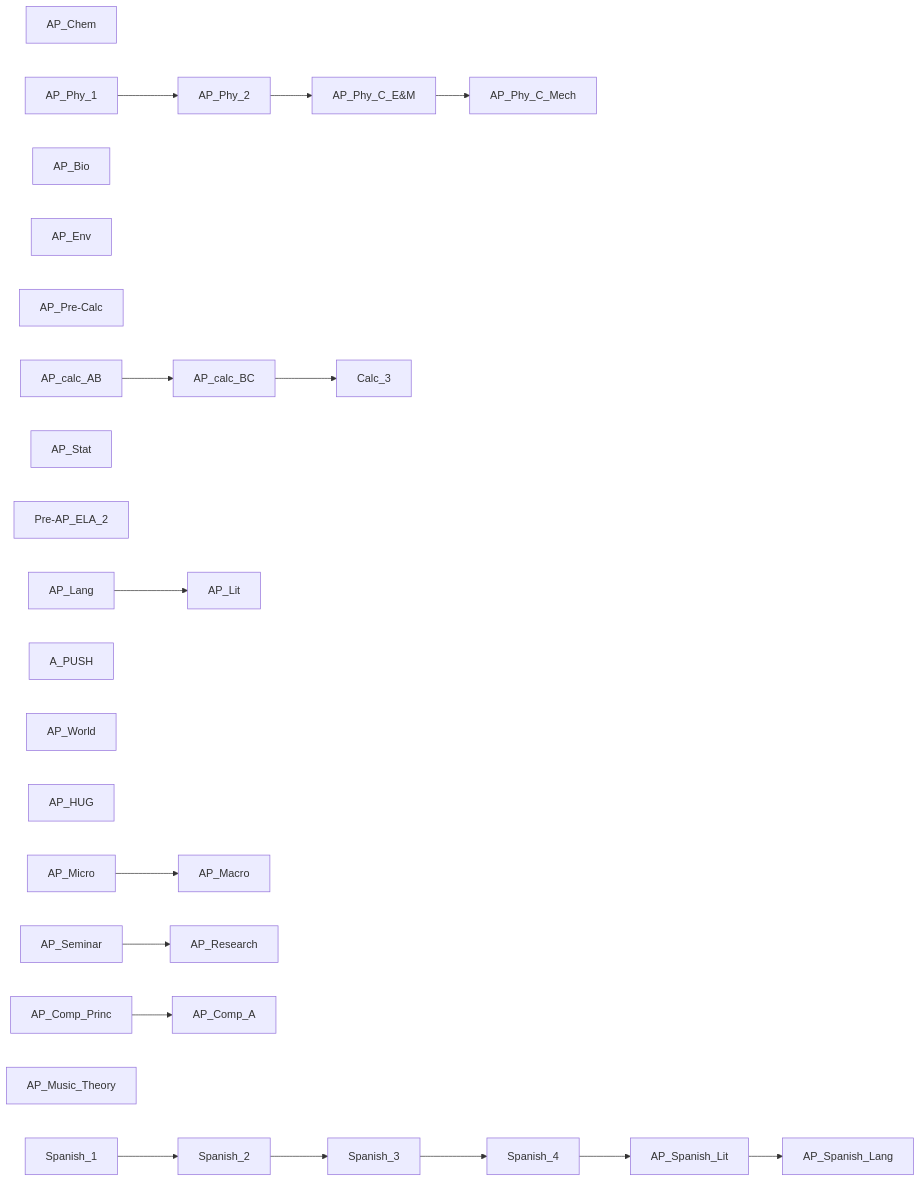
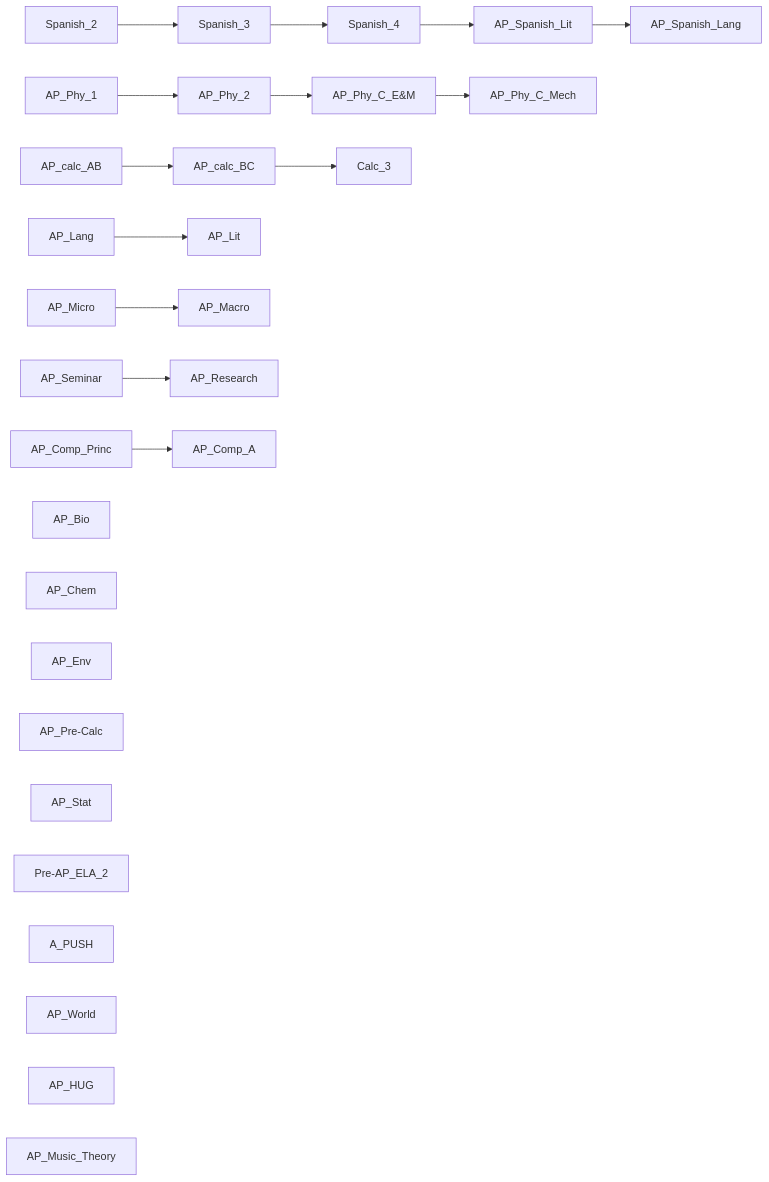
The diagram in classes.mmd (CodeFestus/shs-grw), drawn with Mermaid before and after one commit. The commit also changed 1 other file, not shown here.

```diff
--- a/classes.mmd
+++ b/classes.mmd
@@ -1,18 +1,18 @@
 graph LR;
+    Spanish_2-->Spanish_3-->Spanish_4-->AP_Spanish_Lit-->AP_Spanish_Lang
+    AP_Phy_1-->AP_Phy_2-->AP_Phy_C_E&M-->AP_Phy_C_Mech;
+    AP_calc_AB-->AP_calc_BC-->Calc_3
+    AP_Lang-->AP_Lit
+    AP_Micro-->AP_Macro
+    AP_Seminar-->AP_Research
+    AP_Comp_Princ-->AP_Comp_A
+    AP_Bio;
     AP_Chem;
-    AP_Phy_1-->AP_Phy_2-->AP_Phy_C_E&M-->AP_Phy_C_Mech;
-    AP_Bio;
     AP_Env;
     AP_Pre-Calc
-    AP_calc_AB-->AP_calc_BC-->Calc_3
     AP_Stat
     Pre-AP_ELA_2
-    AP_Lang-->AP_Lit
     A_PUSH
     AP_World
     AP_HUG
-    AP_Micro-->AP_Macro
-    AP_Seminar-->AP_Research
-    AP_Comp_Princ-->AP_Comp_A
     AP_Music_Theory
-    Spanish_1-->Spanish_2-->Spanish_3-->Spanish_4-->AP_Spanish_Lit-->AP_Spanish_Lang
```
